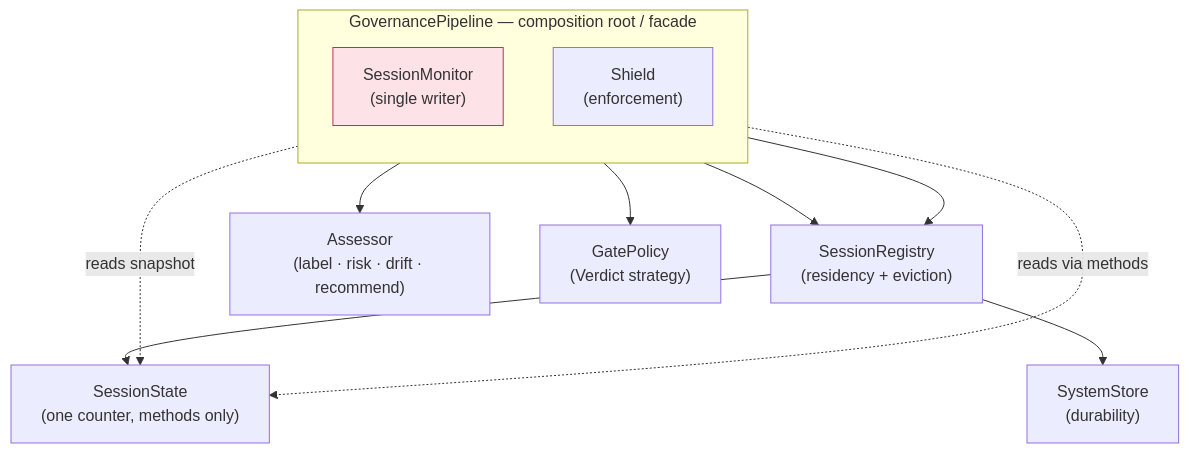
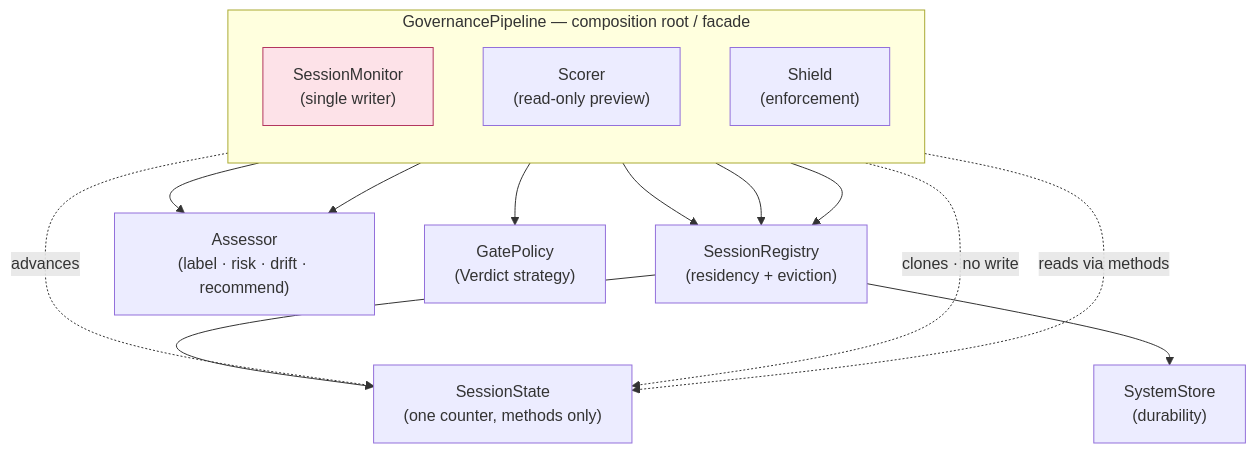
Before and after one commit to dfinson/traceforge: the diagram in SPEC.md, drawn with Mermaid. The commit also changed other lines of this file and 1 other file, not shown here.

````diff
--- a/SPEC.md
+++ b/SPEC.md
@@ -1373,25 +1385,29 @@
 ```mermaid
 flowchart TB
   subgraph Facade["GovernancePipeline — composition root / facade"]
     direction TB
     MON["SessionMonitor<br/>(single writer)"]
+    SCO["Scorer<br/>(read-only preview)"]
     SH["Shield<br/>(enforcement)"]
   end
   REG["SessionRegistry<br/>(residency + eviction)"]
   ST["SessionState<br/>(one counter, methods only)"]
   ASS["Assessor<br/>(label · risk · drift · recommend)"]
   POL["GatePolicy<br/>(Verdict strategy)"]
   STORE["SystemStore<br/>(durability)"]
 
   MON --> REG
   MON --> ASS
+  SCO --> REG
+  SCO --> ASS
   SH --> REG
   SH --> POL
   REG --> ST
   REG --> STORE
-  MON -. reads snapshot .-> ST
+  MON -. advances .-> ST
+  SCO -. clones · no write .-> ST
   SH -. reads via methods .-> ST
 
   classDef writer fill:#fde2e8,stroke:#b3365f;
   class MON writer;
 ```
````
